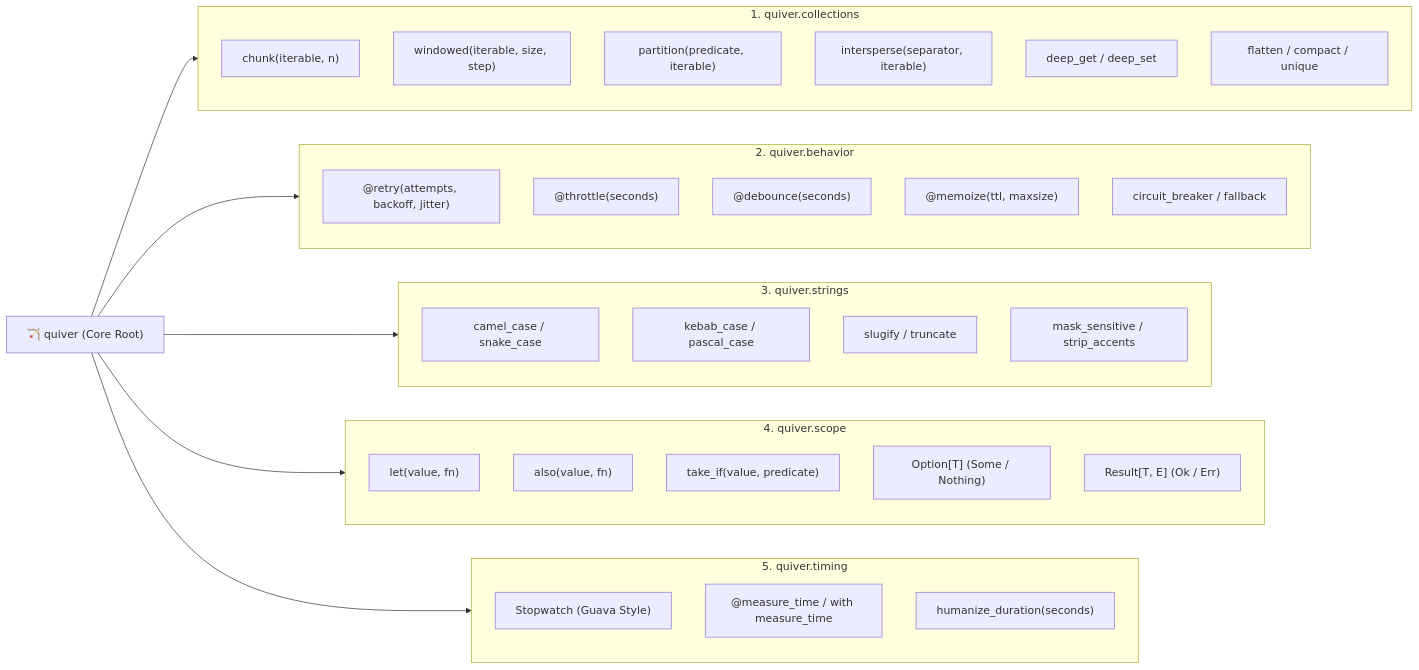
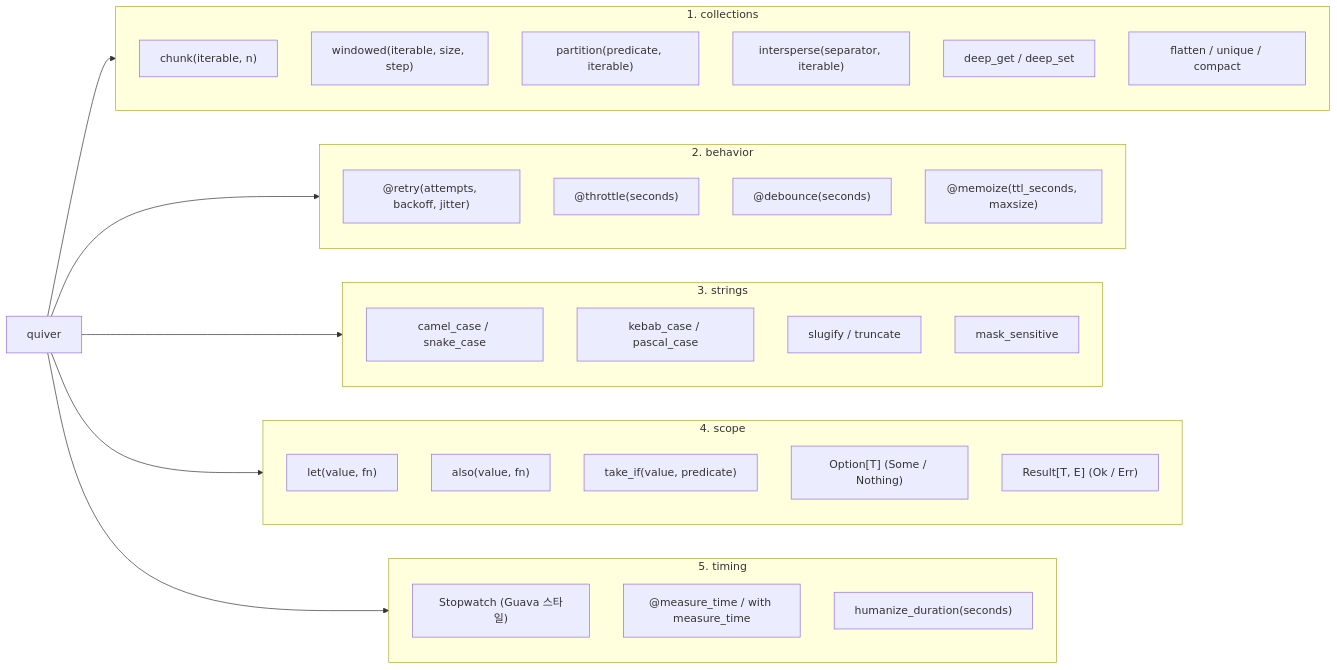
The second of 2 diagrams in docs/quiver/market-analyst/01_MARKET_BENCHMARK.md (ozplayground/python-package), drawn with Mermaid before and after one commit. The commit also changed other lines of this file and 53 other files, not shown here.

````diff
--- a/docs/quiver/market-analyst/01_MARKET_BENCHMARK.md
+++ b/docs/quiver/market-analyst/01_MARKET_BENCHMARK.md
@@ -188,48 +240,47 @@
 ```mermaid
 flowchart LR
-    QUIVER["🏹 quiver (Core Root)"]
+    ROOT["quiver"]
 
-    subgraph CollectionsMod ["1. quiver.collections"]
+    subgraph ModCollections ["1. collections"]
         C1["chunk(iterable, n)"]
         C2["windowed(iterable, size, step)"]
         C3["partition(predicate, iterable)"]
         C4["intersperse(separator, iterable)"]
         C5["deep_get / deep_set"]
-        C6["flatten / compact / unique"]
+        C6["flatten / unique / compact"]
     end
 
-    subgraph BehaviorMod ["2. quiver.behavior"]
+    subgraph ModBehavior ["2. behavior"]
         B1["@retry(attempts, backoff, jitter)"]
         B2["@throttle(seconds)"]
         B3["@debounce(seconds)"]
-        B4["@memoize(ttl, maxsize)"]
-        B5["circuit_breaker / fallback"]
+        B4["@memoize(ttl_seconds, maxsize)"]
     end
 
-    subgraph StringsMod ["3. quiver.strings"]
+    subgraph ModStrings ["3. strings"]
         S1["camel_case / snake_case"]
         S2["kebab_case / pascal_case"]
         S3["slugify / truncate"]
-        S4["mask_sensitive / strip_accents"]
+        S4["mask_sensitive"]
     end
 
-    subgraph ScopeMod ["4. quiver.scope"]
+    subgraph ModScope ["4. scope"]
         SC1["let(value, fn)"]
         SC2["also(value, fn)"]
         SC3["take_if(value, predicate)"]
         SC4["Option[T] (Some / Nothing)"]
         SC5["Result[T, E] (Ok / Err)"]
     end
 
-    subgraph TimingMod ["5. quiver.timing"]
-        T1["Stopwatch (Guava Style)"]
+    subgraph ModTiming ["5. timing"]
+        T1["Stopwatch (Guava 스타일)"]
         T2["@measure_time / with measure_time"]
         T3["humanize_duration(seconds)"]
     end
 
-    QUIVER --> CollectionsMod
-    QUIVER --> BehaviorMod
-    QUIVER --> StringsMod
-    QUIVER --> ScopeMod
-    QUIVER --> TimingMod
+    ROOT --> ModCollections
+    ROOT --> ModBehavior
+    ROOT --> ModStrings
+    ROOT --> ModScope
+    ROOT --> ModTiming
 ```
````
